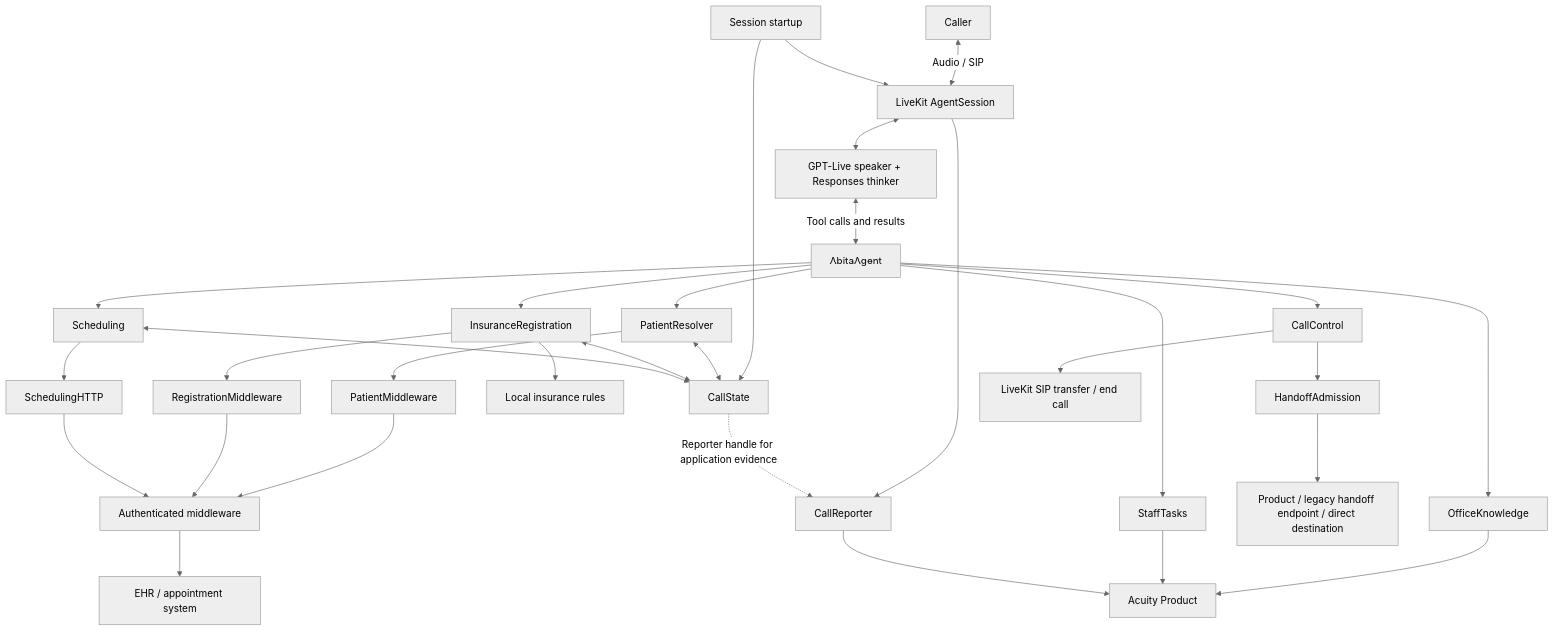
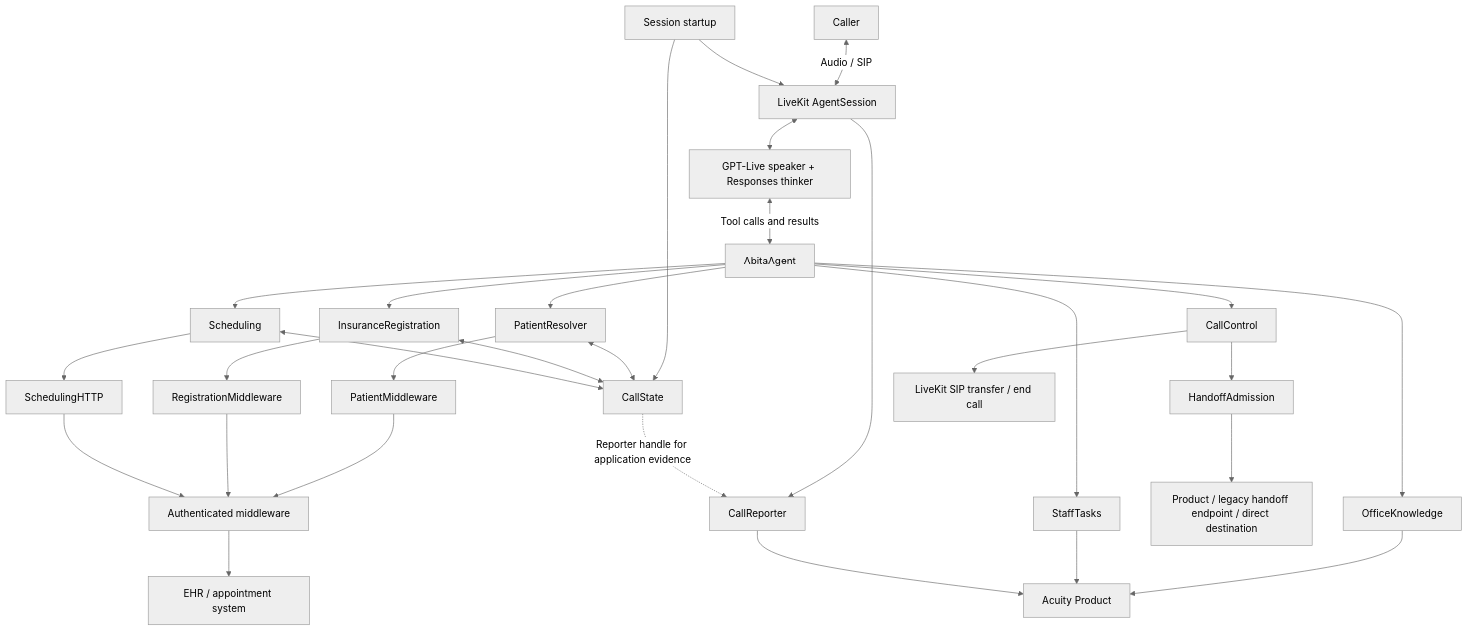
Before and after one commit to chasef07/abita_s2s: the diagram in README.md, drawn with Mermaid (neutral theme). The commit also changed 16 other files, not shown here.

````diff
--- a/README.md
+++ b/README.md
@@ -9,33 +9,32 @@
 ```mermaid
 flowchart TD
     Caller[Caller] <-->|Audio / SIP| Session[LiveKit AgentSession]
     Startup[Session startup] --> Session
     Startup --> State[CallState]
     Session <--> Model[GPT-Live speaker + Responses thinker]
     Model <-->|Tool calls and results| Agent[AbitaAgent]
     Agent --> Identity[PatientResolver]
     Agent --> Insurance[InsuranceRegistration]
     Agent --> Scheduling[Scheduling]
     Agent --> Knowledge[OfficeKnowledge]
     Agent --> Tasks[StaffTasks]
     Agent --> Control[CallControl]
     Identity <--> State
     Insurance <--> State
     Scheduling <--> State
     Identity --> Reads[PatientMiddleware]
     Insurance --> Writes[RegistrationMiddleware]
-    Insurance --> Rules[Local insurance rules]
     Scheduling --> Calendar[SchedulingHTTP]
     Reads --> Middleware[Authenticated middleware]
     Writes --> Middleware
     Calendar --> Middleware
     Middleware --> EHR[EHR / appointment system]
     Knowledge --> Product[Acuity Product]
     Tasks --> Product
     Control --> Admission[HandoffAdmission]
     Admission --> Targets[Product / legacy handoff endpoint / direct destination]
     Control --> SIP[LiveKit SIP transfer / end call]
     Session --> Reporter[CallReporter]
     State -. Reporter handle for application evidence .-> Reporter
     Reporter --> Product
 ```
````
